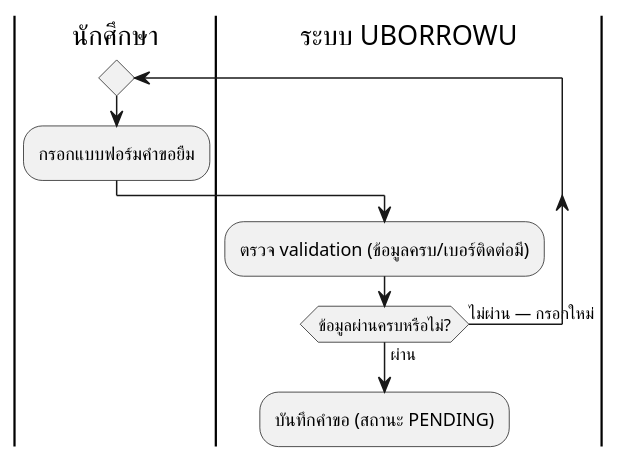
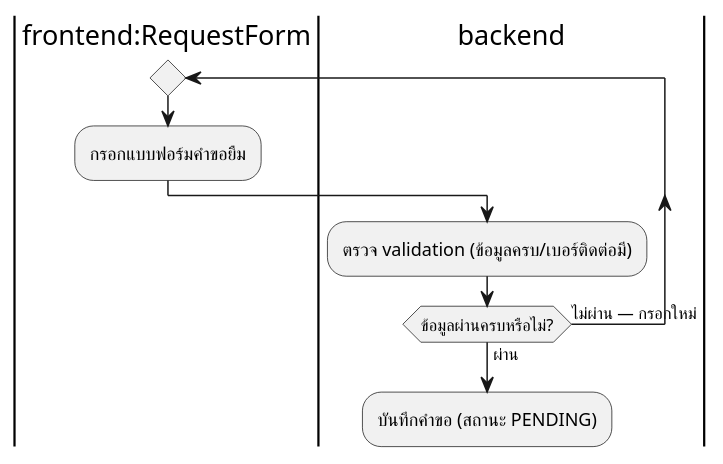
The fifth of 6 diagrams in generator/guide/activity_diagram_generate_guide.md (patlnwza-007/project-2569), drawn with PlantUML before and after one commit. The commit also changed other lines of this file and 46 other files, not shown here.

First line of the commit message:
Rework UI state/activity diagrams onto frontend:PageCode/backend convention

````diff
--- a/generator/guide/activity_diagram_generate_guide.md
+++ b/generator/guide/activity_diagram_generate_guide.md
@@ -107,11 +120,11 @@
 ```plantuml
-|นักศึกษา|
+|frontend:RequestForm|
 repeat
   :กรอกแบบฟอร์มคำขอยืม;
-  |ระบบ UBORROWU|
+  |backend|
   :ตรวจ validation (ข้อมูลครบ/เบอร์ติดต่อมี);
 repeat while (ข้อมูลผ่านครบหรือไม่?) is (ไม่ผ่าน — กรอกใหม่) not (ผ่าน)
 
-|ระบบ UBORROWU|
+|backend|
 :บันทึกคำขอ (สถานะ PENDING);
 ```
````
